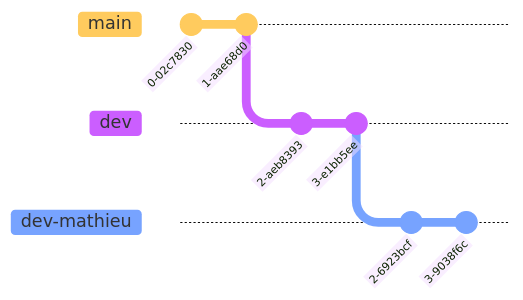
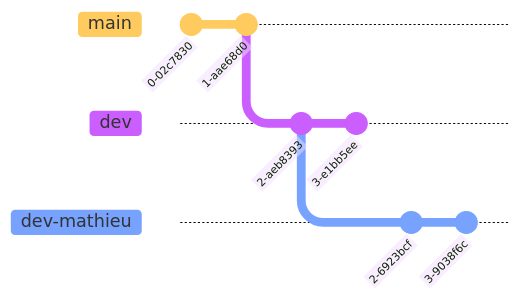
Before and after one commit to module-formation/formation-Deep-MLOps: the seventh of 14 diagrams in docs/devops/git.md, drawn with Mermaid. The commit also changed other lines of this file and 3 other files, not shown here. Commit ids are hidden.

````diff
--- a/docs/devops/git.md
+++ b/docs/devops/git.md
@@ -278,12 +278,14 @@
     ```mermaid
     %%{init: { 'logLevel': 'debug', 'theme': 'base', 'gitGraph': {'showBranches': true, 'showCommitLabel':true,'mainBranchName': 'main'}} }%%
     gitGraph
       commit
       commit
       branch dev
       commit id:"2-aeb8393"
+      branch dev-mathieu
+      checkout dev
       commit id:"3-e1bb5ee"
-      branch dev-mathieu
+      checkout dev-mathieu
       commit id:"2-6923bcf"
       commit id:"3-9038f6c"
     ```
````
